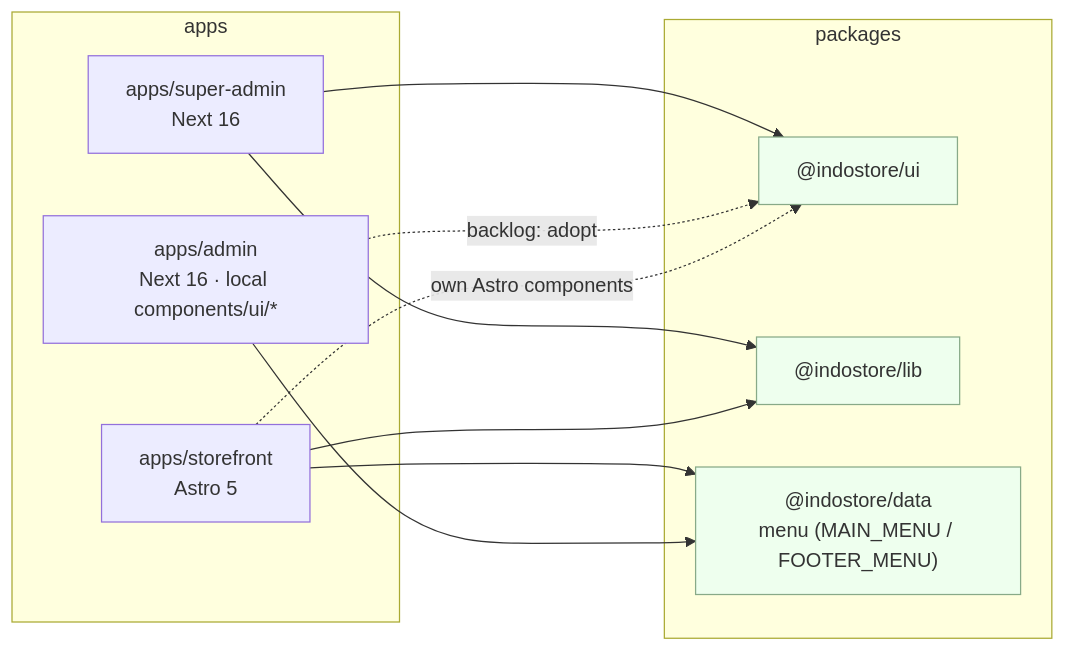
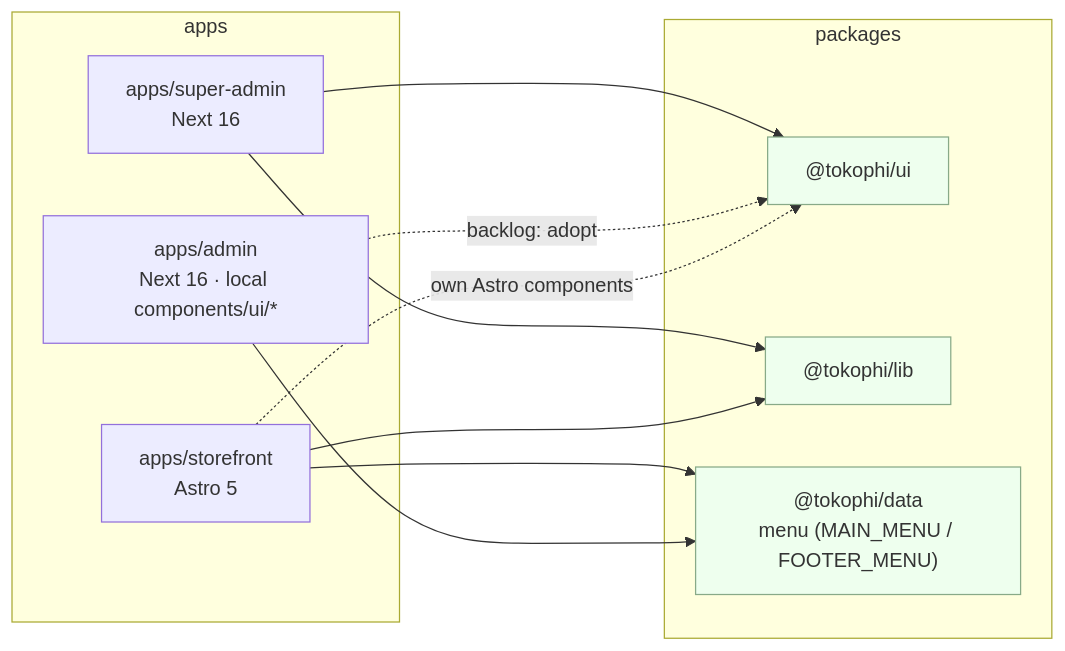
One commit to ongkipro/tokophi changed the second of 11 diagrams in specs/docs/UML.md. Above: the diagram before and after it, drawn with Mermaid. The commit also changed other lines of this file and 98 other files, not shown here.

````diff
--- a/specs/docs/UML.md
+++ b/specs/docs/UML.md
@@ -67,25 +67,25 @@
 ```mermaid
 graph LR
   subgraph apps
     AD["apps/admin<br/>Next 16 · local components/ui/*"]
     SA["apps/super-admin<br/>Next 16"]
     SF["apps/storefront<br/>Astro 5"]
   end
   subgraph packages
-    UI["@indostore/ui"]
-    LIB["@indostore/lib"]
-    DATA["@indostore/data<br/>menu (MAIN_MENU / FOOTER_MENU)"]
+    UI["@tokophi/ui"]
+    LIB["@tokophi/lib"]
+    DATA["@tokophi/data<br/>menu (MAIN_MENU / FOOTER_MENU)"]
   end
 
   SA --> UI
   SA --> LIB
   SF --> LIB
   SF --> DATA
   AD --> DATA
 
   AD -. "backlog: adopt" .-> UI
   SF -. "own Astro components" .-> UI
 
   classDef pkg fill:#efe,stroke:#8a8;
   class UI,LIB,DATA pkg;
 ```
````
